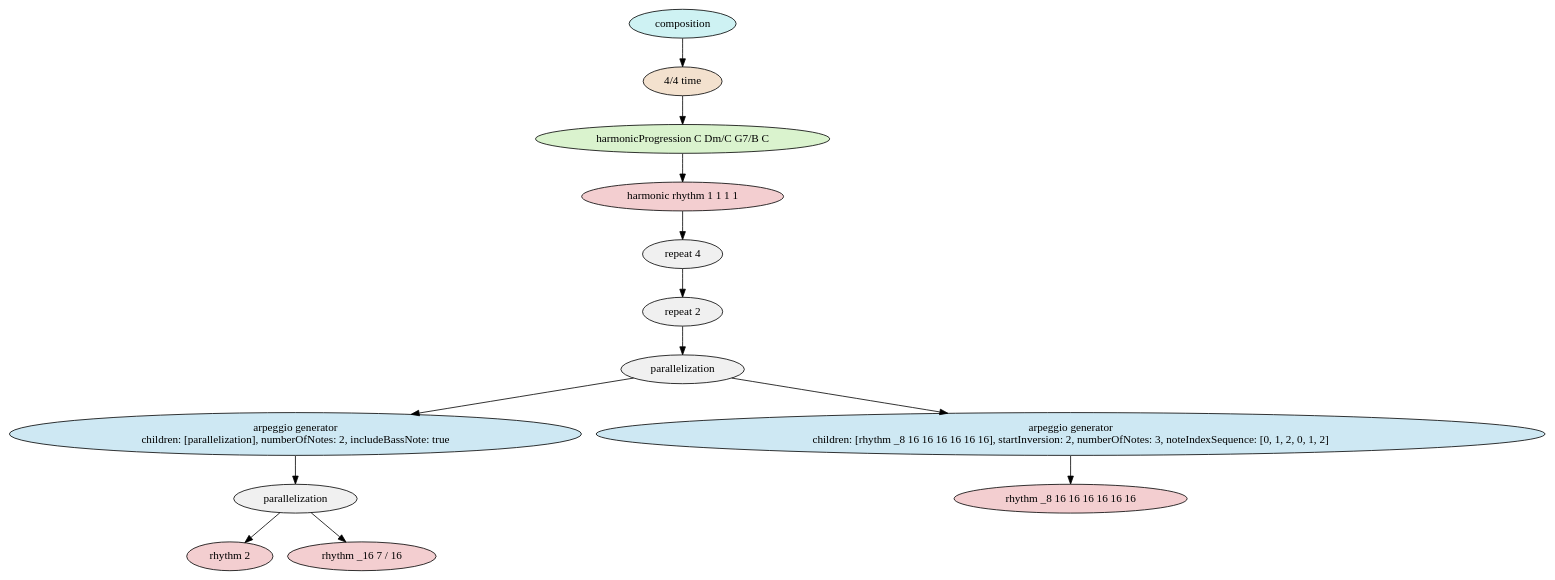
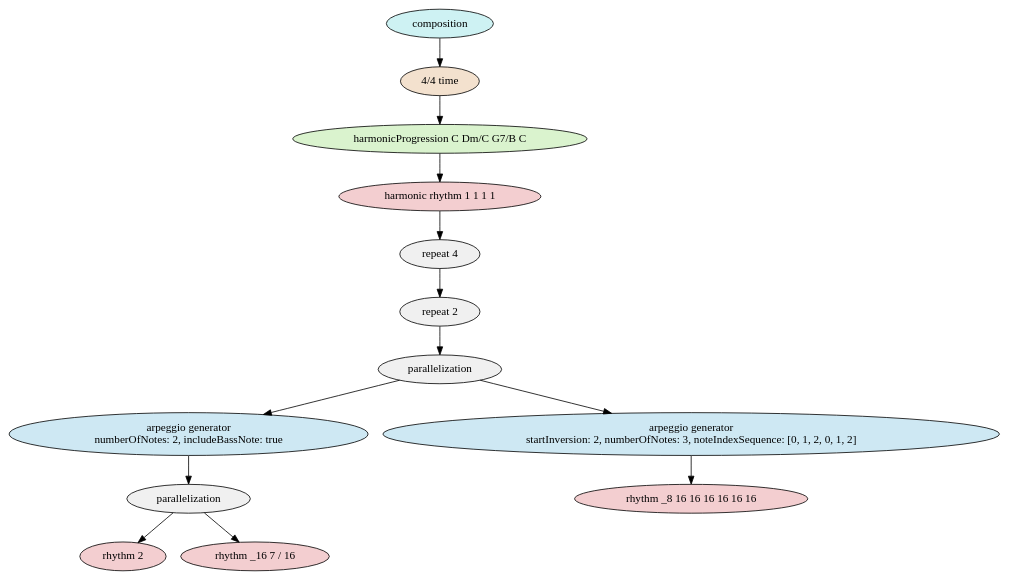
One commit to david-pace/mps-examples changed the diagram in Composition Models/Bach/BWV846_Prelude_And_Fugue_in_C_Major/BWV846_Prelude_TreeModel.dot. Above: the diagram before and after it, drawn with Graphviz. The commit also changed 1 other file, not shown here.

```diff
--- a/Composition Models/Bach/BWV846_Prelude_And_Fugue_in_C_Major/BWV846_Prelude_TreeModel.dot
+++ b/Composition Models/Bach/BWV846_Prelude_And_Fugue_in_C_Major/BWV846_Prelude_TreeModel.dot
@@ -1,30 +1,30 @@
 digraph compositionModel {
     graph [ordering="out"];
     n0 [fillcolor="#cef2f3",style="filled",label="composition"];
     n1 [fillcolor="#f3e1ce",style="filled",label="4/4 time"];
     n0 -> n1;
     n2 [fillcolor="#daf3ce",style="filled",label="harmonicProgression C Dm/C G7/B C"];
     n1 -> n2;
     n3 [fillcolor="#f3ced0",style="filled",label="harmonic rhythm 1 1 1 1"];
     n2 -> n3;
     n4 [fillcolor="#f0f0f0",style="filled",label="repeat 4"];
     n3 -> n4;
     n5 [fillcolor="#f0f0f0",style="filled",label="repeat 2"];
     n4 -> n5;
     n6 [fillcolor="#f0f0f0",style="filled",label="parallelization"];
     n5 -> n6;
     n7 [fillcolor="#cee8f3",style="filled",label="arpeggio generator
-children: [parallelization], numberOfNotes: 2, includeBassNote: true"];
+numberOfNotes: 2, includeBassNote: true"];
     n6 -> n7;
     n8 [fillcolor="#f0f0f0",style="filled",label="parallelization"];
     n7 -> n8;
     n9 [fillcolor="#f3ced0",style="filled",label="rhythm 2"];
     n8 -> n9;
     n10 [fillcolor="#f3ced0",style="filled",label="rhythm _16 7 / 16"];
     n8 -> n10;
     n11 [fillcolor="#cee8f3",style="filled",label="arpeggio generator
-children: [rhythm _8 16 16 16 16 16 16], startInversion: 2, numberOfNotes: 3, noteIndexSequence: [0, 1, 2, 0, 1, 2]"];
+startInversion: 2, numberOfNotes: 3, noteIndexSequence: [0, 1, 2, 0, 1, 2]"];
     n6 -> n11;
     n12 [fillcolor="#f3ced0",style="filled",label="rhythm _8 16 16 16 16 16 16"];
     n11 -> n12;
 }
```
